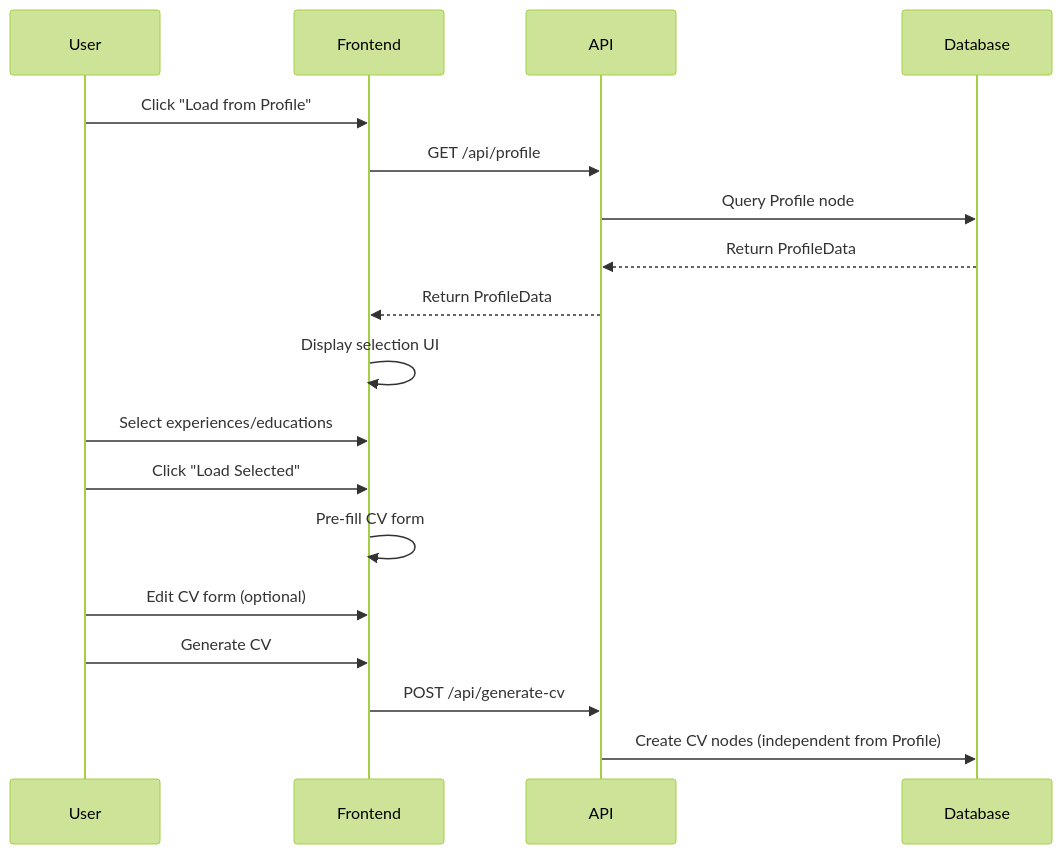
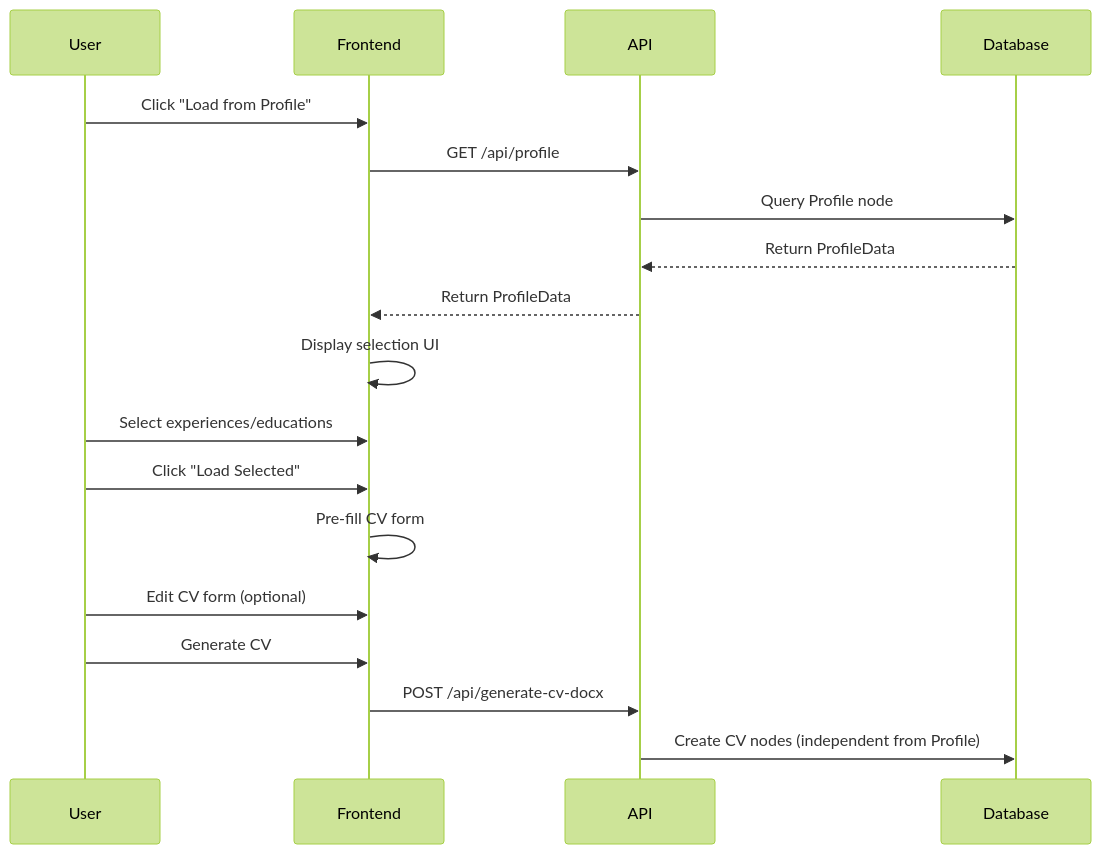
The sixth of 6 diagrams in docs/architecture/data-flow.md (cocodedk/cv-generator), drawn with Mermaid (forest theme) before and after one commit. The commit also changed other lines of this file and 65 other files, not shown here.

````diff
--- a/docs/architecture/data-flow.md
+++ b/docs/architecture/data-flow.md
@@ -114,21 +114,21 @@
 ```mermaid
 sequenceDiagram
     participant User
     participant Frontend
     participant API
     participant Database
 
     User->>Frontend: Click "Load from Profile"
     Frontend->>API: GET /api/profile
     API->>Database: Query Profile node
     Database-->>API: Return ProfileData
     API-->>Frontend: Return ProfileData
     Frontend->>Frontend: Display selection UI
     User->>Frontend: Select experiences/educations
     User->>Frontend: Click "Load Selected"
     Frontend->>Frontend: Pre-fill CV form
     User->>Frontend: Edit CV form (optional)
     User->>Frontend: Generate CV
-    Frontend->>API: POST /api/generate-cv
+    Frontend->>API: POST /api/generate-cv-docx
     API->>Database: Create CV nodes (independent from Profile)
 ```
````
